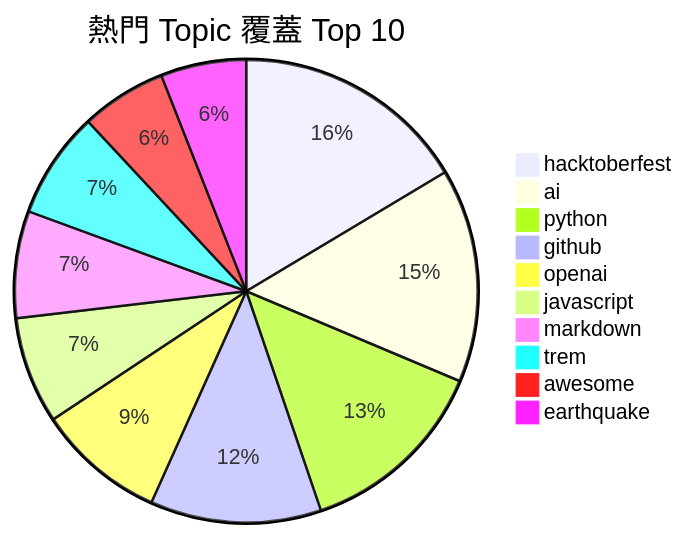
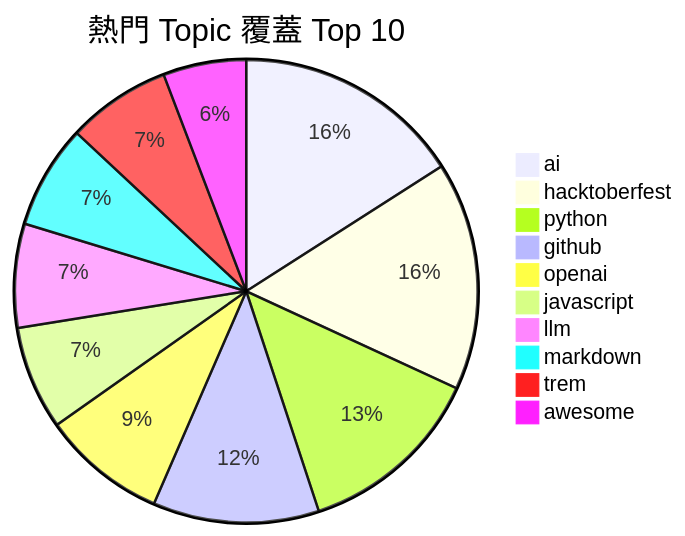
The second of 2 diagrams in README.md (Andy87877/GitHub-Star-Manager), drawn with Mermaid before and after one commit. The commit also changed other lines of this file and 3 other files, not shown here.

````diff
--- a/README.md
+++ b/README.md
@@ -29,13 +29,13 @@
 ```mermaid
 pie title 熱門 Topic 覆蓋 Top 10
+    "ai" : 11
     "hacktoberfest" : 11
-    "ai" : 10
     "python" : 9
     "github" : 8
     "openai" : 6
     "javascript" : 5
+    "llm" : 5
     "markdown" : 5
     "trem" : 5
     "awesome" : 4
-    "earthquake" : 4
 ```
````
